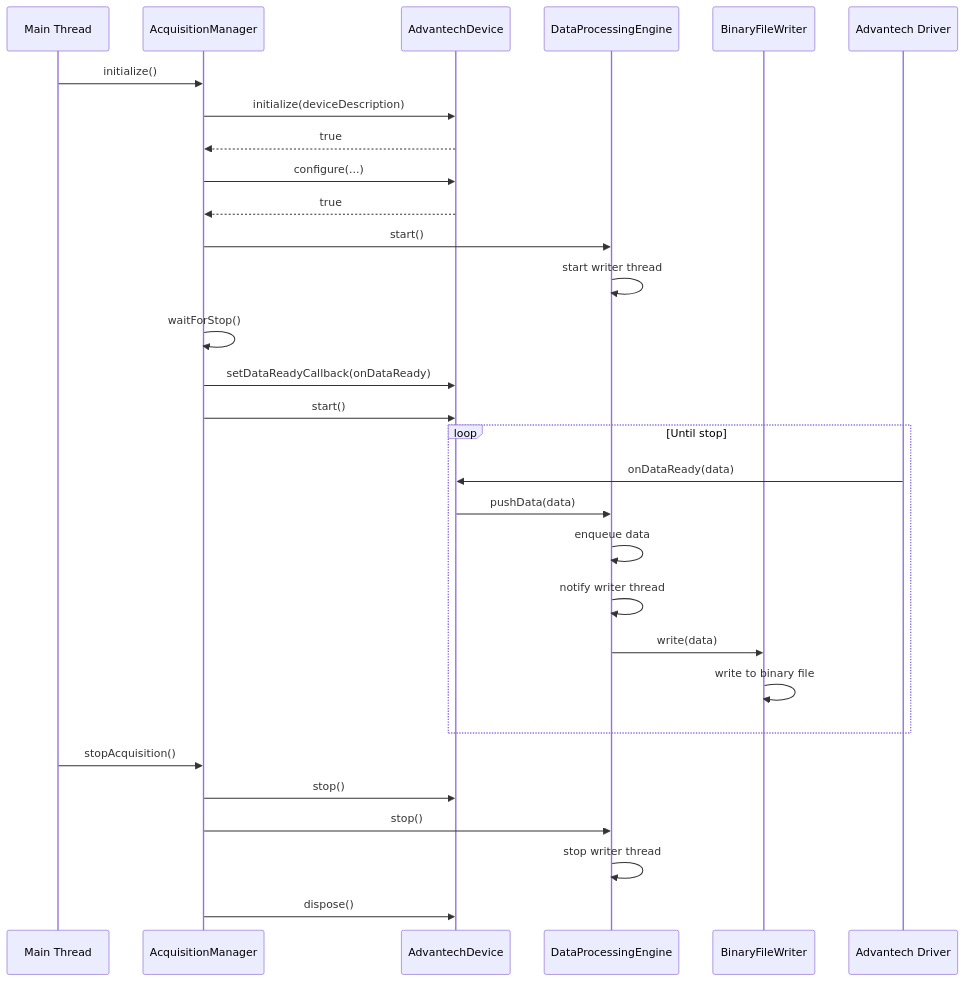
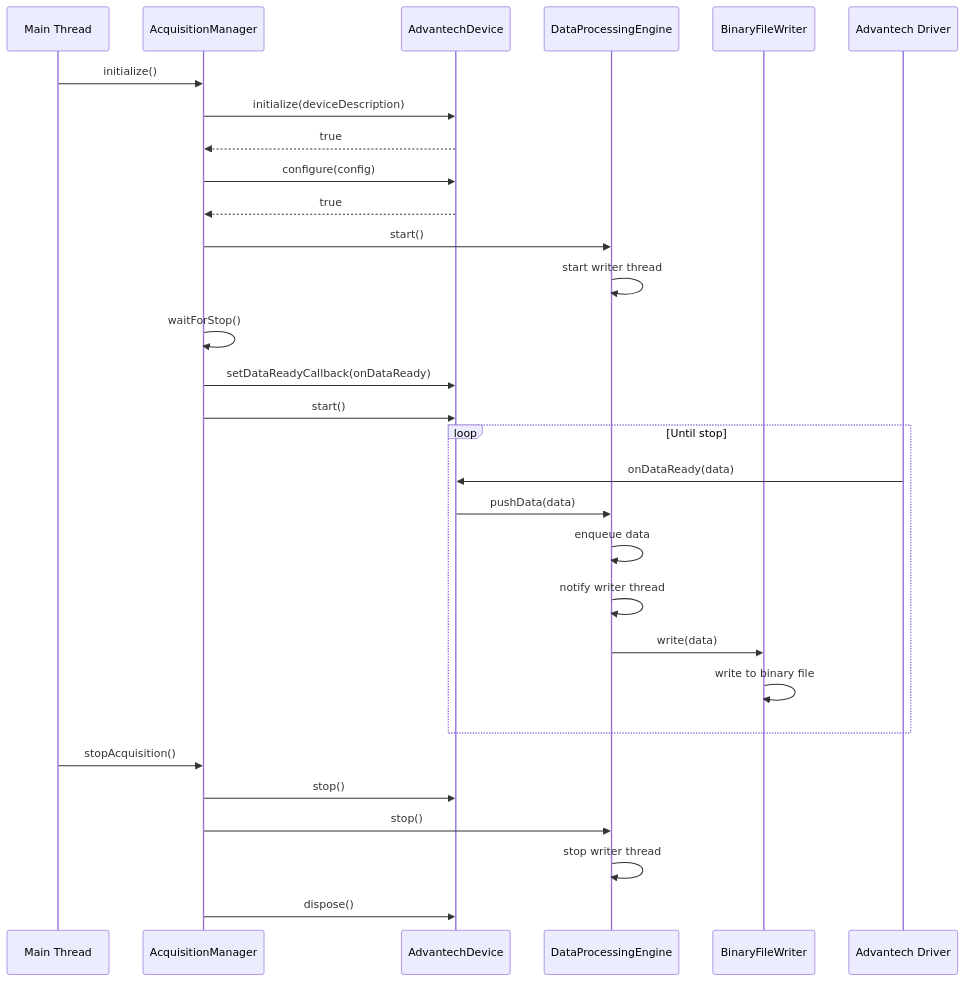
One commit to andredubov/advantech-data-logger changed the second of 4 diagrams in README.md. Above: the diagram before and after it, drawn with Mermaid.

Commit message:
docs: update UML diagrams to reflect AcquisitionConfig refactoring
- Add AcquisitionConfig class to class diagram

- Update IDataAcquisitionDevice and AdvantechDevice configure method signature

- Update sequence diagram to show configure(config) call

````diff
--- a/README.md
+++ b/README.md
@@ -215,35 +215,35 @@
 ```mermaid
 sequenceDiagram
     participant Main as Main Thread
     participant Manager as AcquisitionManager
     participant Device as AdvantechDevice
     participant Engine as DataProcessingEngine
     participant Writer as BinaryFileWriter
     participant Driver as Advantech Driver
 
     Main->>Manager: initialize()
     Manager->>Device: initialize(deviceDescription)
     Device-->>Manager: true
-    Manager->>Device: configure(...)
+    Manager->>Device: configure(config)
     Device-->>Manager: true
     Manager->>Engine: start()
     Engine->>Engine: start writer thread
     Manager->>Manager: waitForStop()
     Manager->>Device: setDataReadyCallback(onDataReady)
     Manager->>Device: start()
 
     loop Until stop
         Driver->>Device: onDataReady(data)
         Device->>Engine: pushData(data)
         Engine->>Engine: enqueue data
         Engine->>Engine: notify writer thread
         Engine->>Writer: write(data)
         Writer->>Writer: write to binary file
     end
 
     Main->>Manager: stopAcquisition()
     Manager->>Device: stop()
     Manager->>Engine: stop()
     Engine->>Engine: stop writer thread
     Manager->>Device: dispose()
 ```
````
